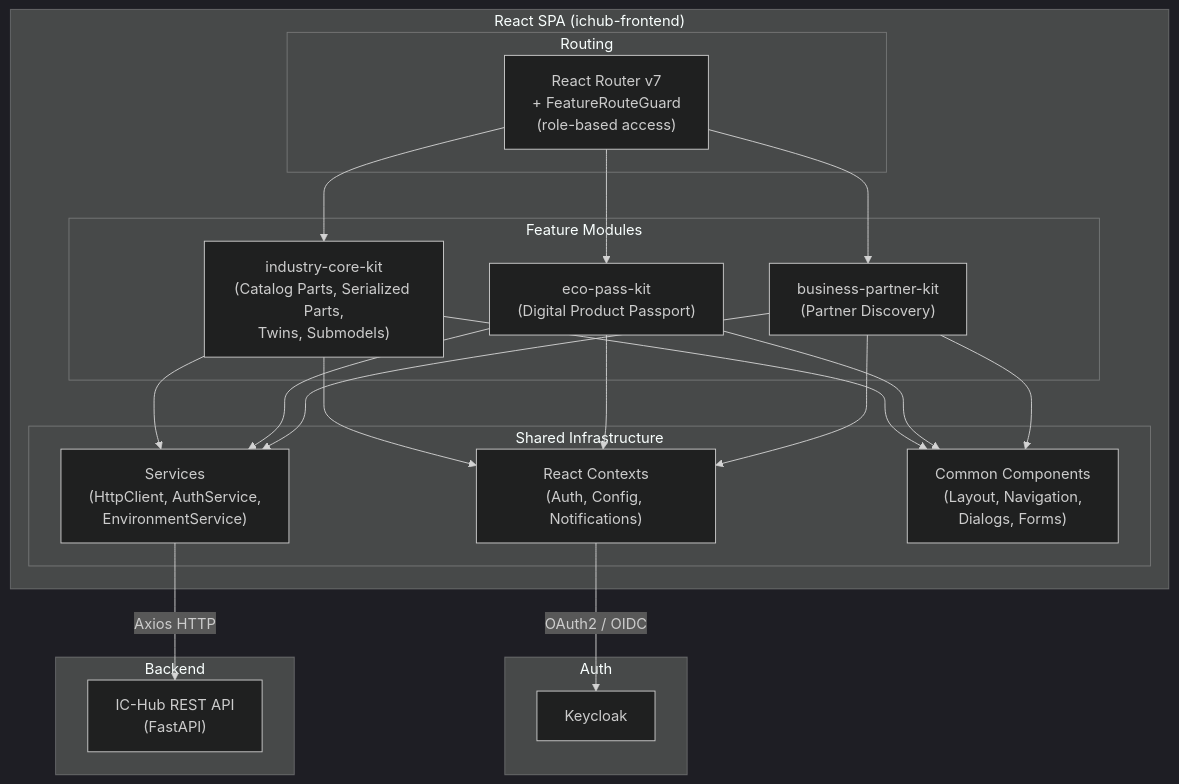
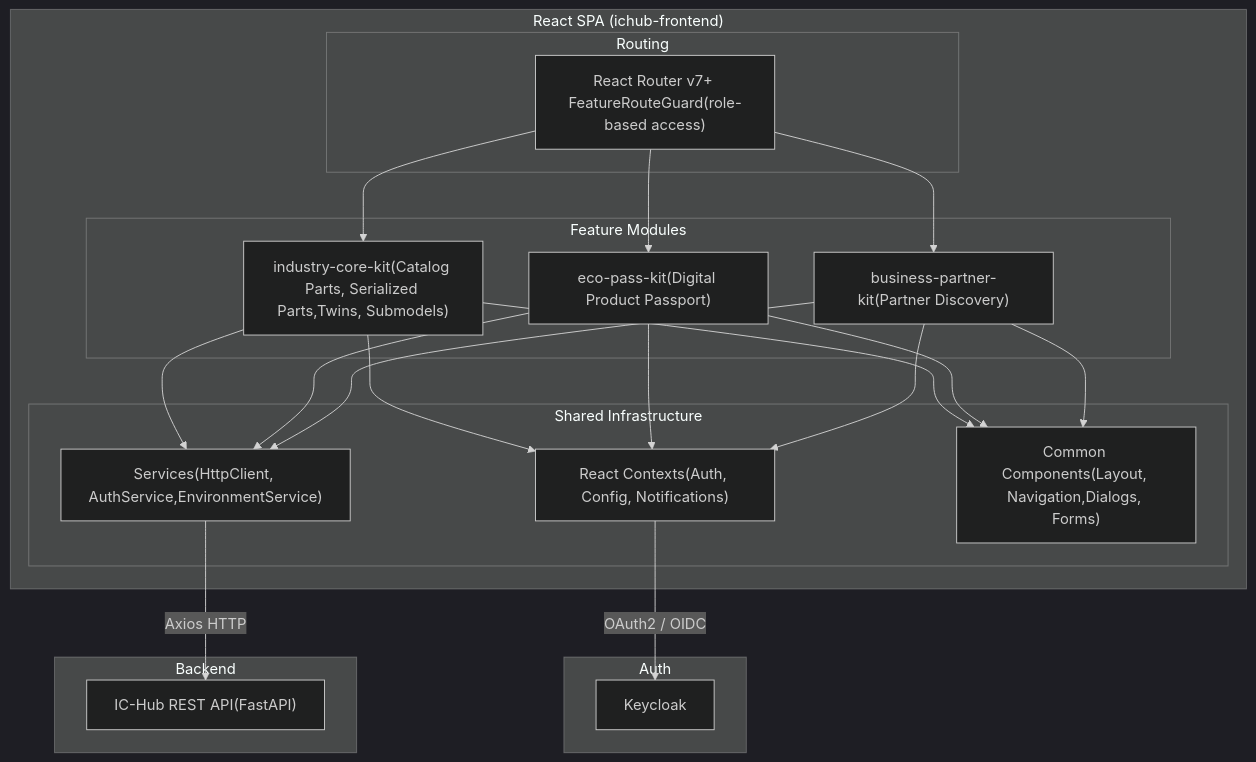
The fourth of 7 diagrams in README.md (jalvaro-lks/industry-core-hub), drawn with Mermaid (dark theme) before and after one commit. The commit also changed other lines of this file, not shown here.

````diff
--- a/README.md
+++ b/README.md
@@ -299,33 +299,33 @@
 ```mermaid
 graph TB
     subgraph "React SPA (ichub-frontend)"
         subgraph "Feature Modules"
-            ICK["industry-core-kit\n(Catalog Parts, Serialized Parts,\nTwins, Submodels)"]
-            EPK["eco-pass-kit\n(Digital Product Passport)"]
-            BPK["business-partner-kit\n(Partner Discovery)"]
+            ICK["industry-core-kit(Catalog Parts, Serialized Parts,Twins, Submodels)"]
+            EPK["eco-pass-kit(Digital Product Passport)"]
+            BPK["business-partner-kit(Partner Discovery)"]
         end
 
         subgraph "Shared Infrastructure"
-            CTX["React Contexts\n(Auth, Config, Notifications)"]
-            SVC["Services\n(HttpClient, AuthService,\nEnvironmentService)"]
-            CMP["Common Components\n(Layout, Navigation,\nDialogs, Forms)"]
+            CTX["React Contexts(Auth, Config, Notifications)"]
+            SVC["Services(HttpClient, AuthService,EnvironmentService)"]
+            CMP["Common Components(Layout, Navigation,Dialogs, Forms)"]
         end
 
         subgraph "Routing"
-            RT["React Router v7\n+ FeatureRouteGuard\n(role-based access)"]
+            RT["React Router v7+ FeatureRouteGuard(role-based access)"]
         end
     end
 
     subgraph "Auth"
         KC["Keycloak"]
     end
 
     subgraph "Backend"
-        API["IC-Hub REST API\n(FastAPI)"]
+        API["IC-Hub REST API(FastAPI)"]
     end
 
     ICK & EPK & BPK --> CTX & SVC & CMP
     RT --> ICK & EPK & BPK
     SVC -- "Axios HTTP" --> API
     CTX -- "OAuth2 / OIDC" --> KC
 ```
````
